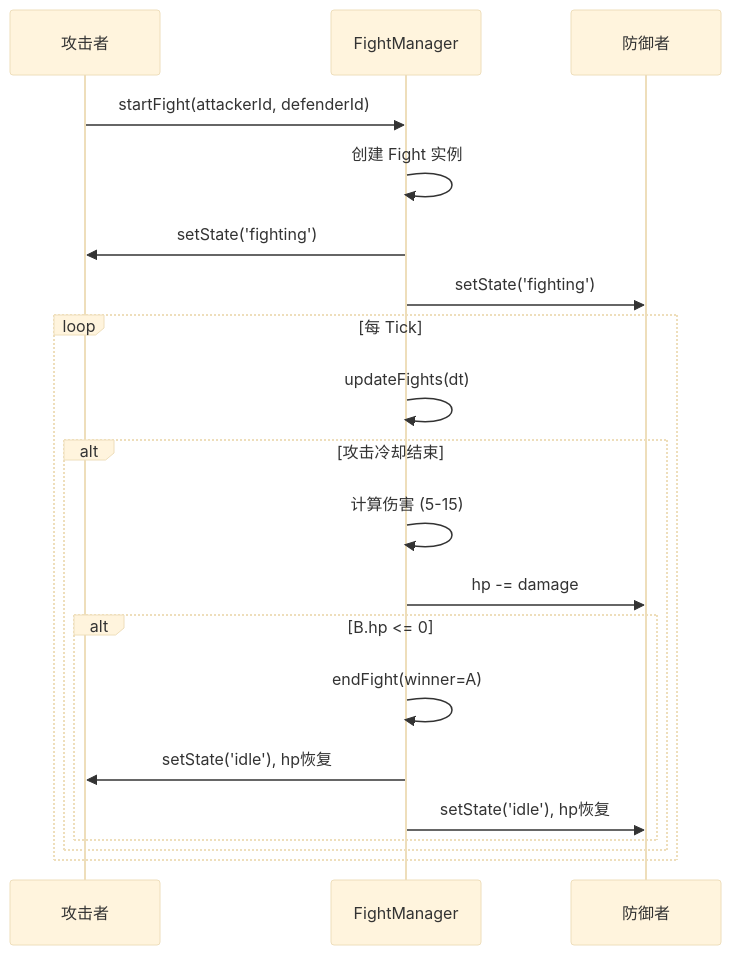
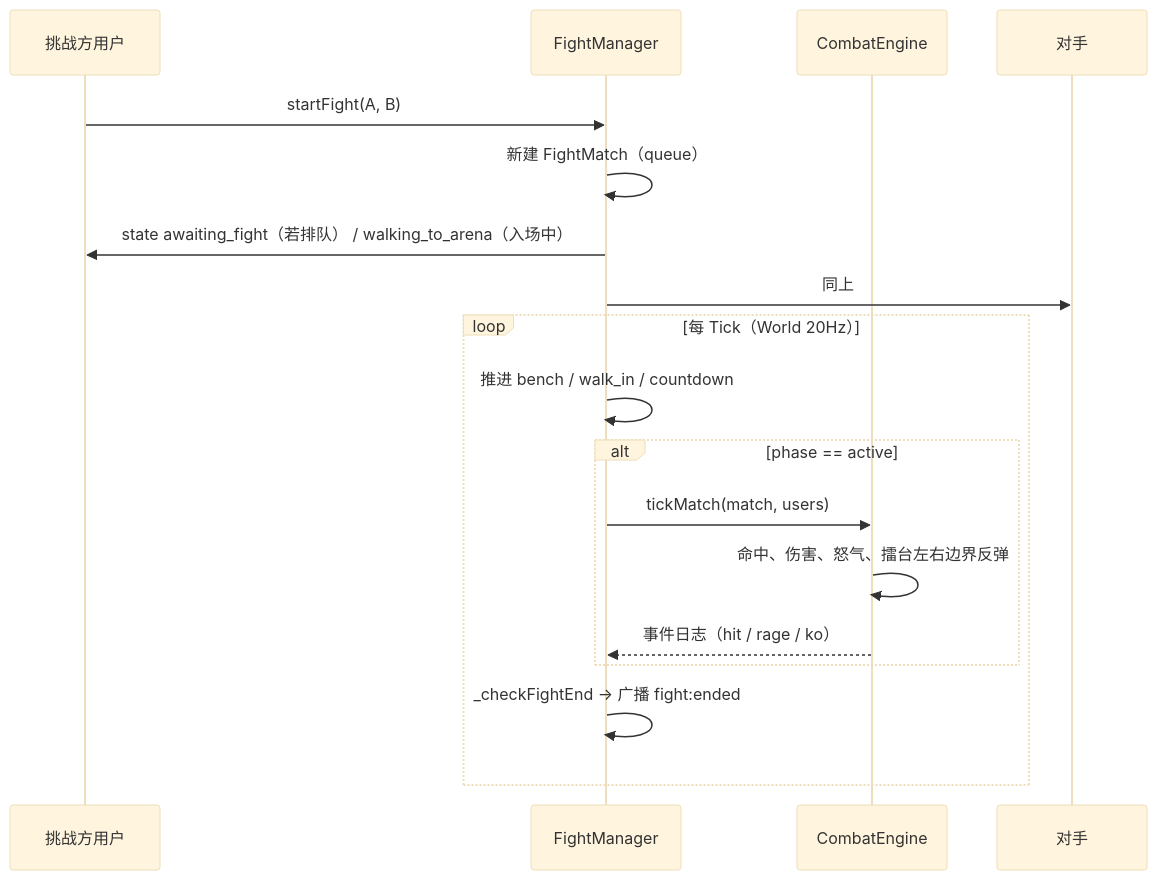
The sixth of 10 diagrams in docs/ARCHITECTURE.md (nannyu/cyber-bathhouse), drawn with Mermaid (base theme) before and after one commit. The commit also changed other lines of this file and 16 other files, not shown here.

````diff
--- a/docs/ARCHITECTURE.md
+++ b/docs/ARCHITECTURE.md
@@ -176,24 +180,22 @@
 ```mermaid
 sequenceDiagram
-    participant A as 攻击者
+    participant A as 挑战方用户
     participant FM as FightManager
-    participant B as 防御者
+    participant CE as CombatEngine
+    participant B as 对手
 
-    A->>FM: startFight(attackerId, defenderId)
-    FM->>FM: 创建 Fight 实例
-    FM->>A: setState('fighting')
-    FM->>B: setState('fighting')
+    A->>FM: startFight(A, B)
+    FM->>FM: 新建 FightMatch（queue）
+    FM->>A: state awaiting_fight（若排队） / walking_to_arena（入场中）
+    FM->>B: 同上
 
-    loop 每 Tick
-        FM->>FM: updateFights(dt)
-        alt 攻击冷却结束
-            FM->>FM: 计算伤害 (5-15)
-            FM->>B: hp -= damage
-            alt B.hp <= 0
-                FM->>FM: endFight(winner=A)
-                FM->>A: setState('idle'), hp恢复
-                FM->>B: setState('idle'), hp恢复
-            end
+    loop 每 Tick（World 20Hz）
+        FM->>FM: 推进 bench / walk_in / countdown
+        alt phase == active
+            FM->>CE: tickMatch(match, users)
+            CE->>CE: 命中、伤害、怒气、擂台左右边界反弹
+            CE-->>FM: 事件日志（hit / rage / ko）
         end
+        FM->>FM: _checkFightEnd → 广播 fight:ended
     end
 ```
````
